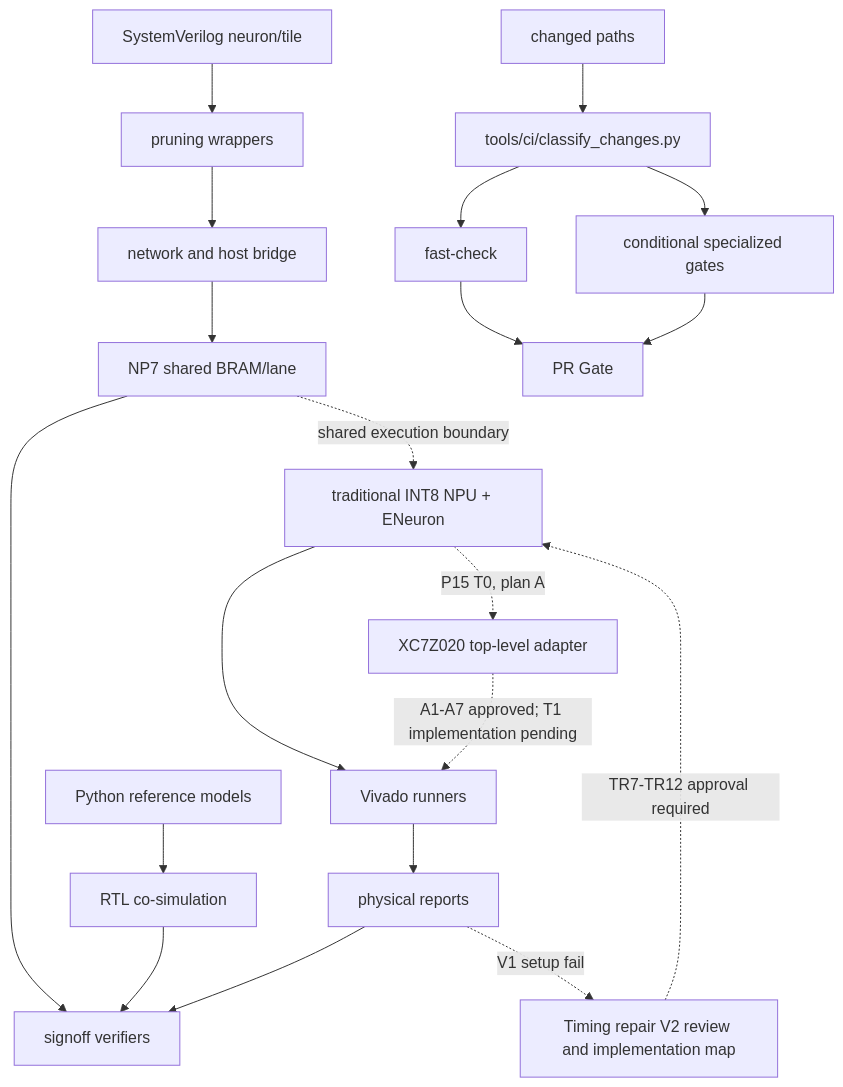
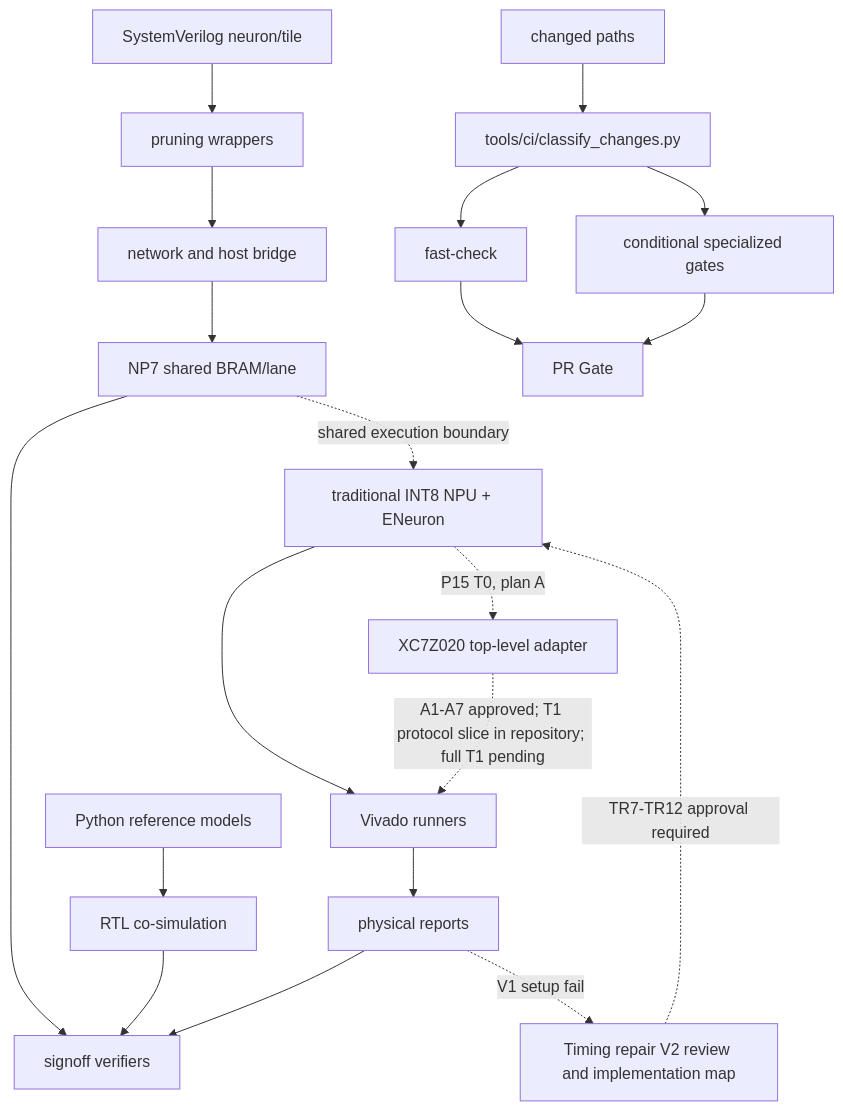
One commit to Epslion404/ENeuron changed the diagram in .nexus-map/arch/dependencies.md. Above: the diagram before and after it, drawn with Mermaid. The commit also changed other lines of this file and 16 other files, not shown here.

Commit message:
fix: close T1 protocol slice CDC and fence contracts

````diff
--- a/.nexus-map/arch/dependencies.md
+++ b/.nexus-map/arch/dependencies.md
@@ -7,22 +7,22 @@
 ```mermaid
 graph TD
   ref[Python reference models] --> cosim[RTL co-simulation]
   rtl[SystemVerilog neuron/tile] --> wrap[pruning wrappers]
   wrap --> net[network and host bridge]
   net --> np7[NP7 shared BRAM/lane]
   np7 --> verify[signoff verifiers]
   cosim --> verify[signoff verifiers]
   vivado[Vivado runners] --> reports[physical reports]
   reports --> verify
   reports -. V1 setup fail .-> timing[Timing repair V2 review and implementation map]
   timing -. TR7-TR12 approval required .-> npu
   np7 -. shared execution boundary .-> npu[traditional INT8 NPU + ENeuron]
   npu --> vivado
   npu -. P15 T0, plan A .-> p15[XC7Z020 top-level adapter]
-  p15 -. A1-A7 approved; T1 implementation pending .-> vivado
+  p15 -. A1-A7 approved; T1 protocol slice in repository; full T1 pending .-> vivado
   changes[changed paths] --> classify[tools/ci/classify_changes.py]
   classify --> fast[fast-check]
   classify --> specialized[conditional specialized gates]
   fast --> gate[PR Gate]
   specialized --> gate
 ```
````
